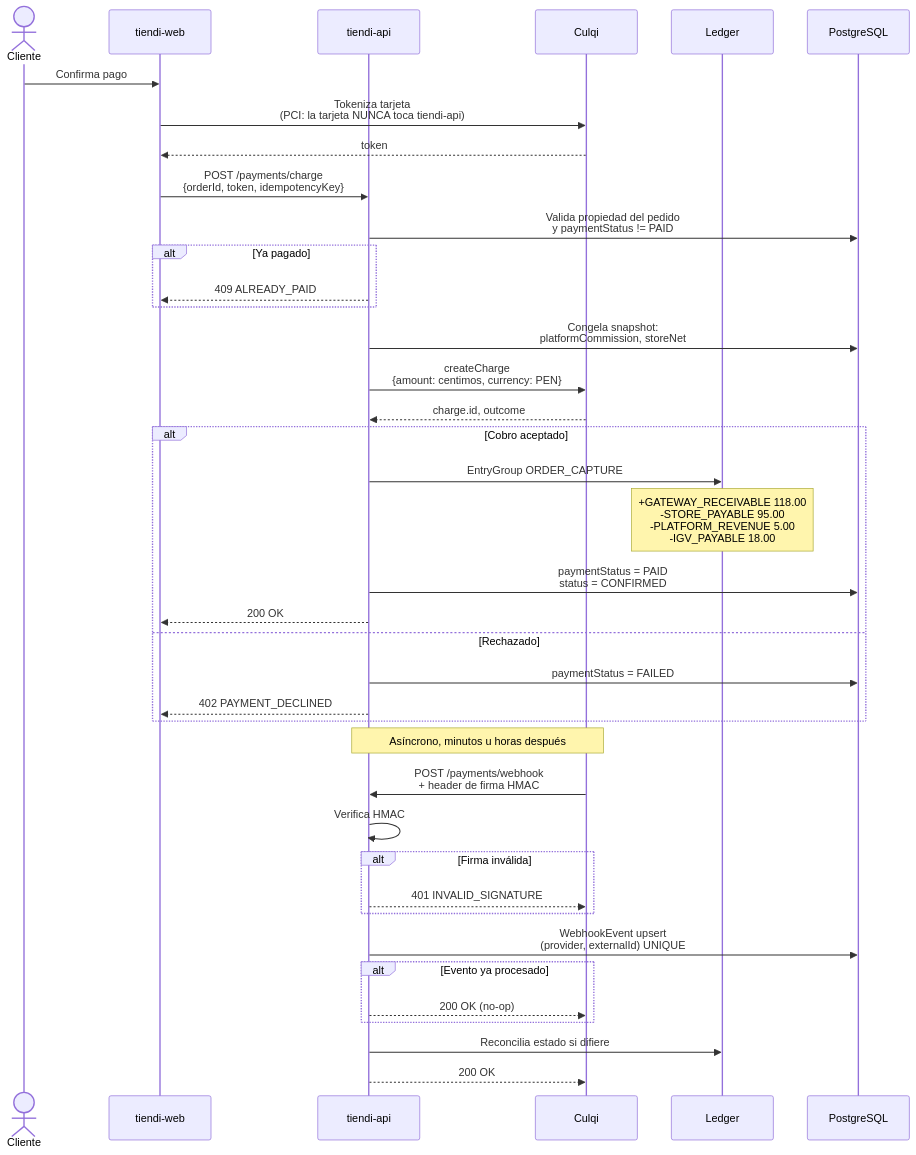
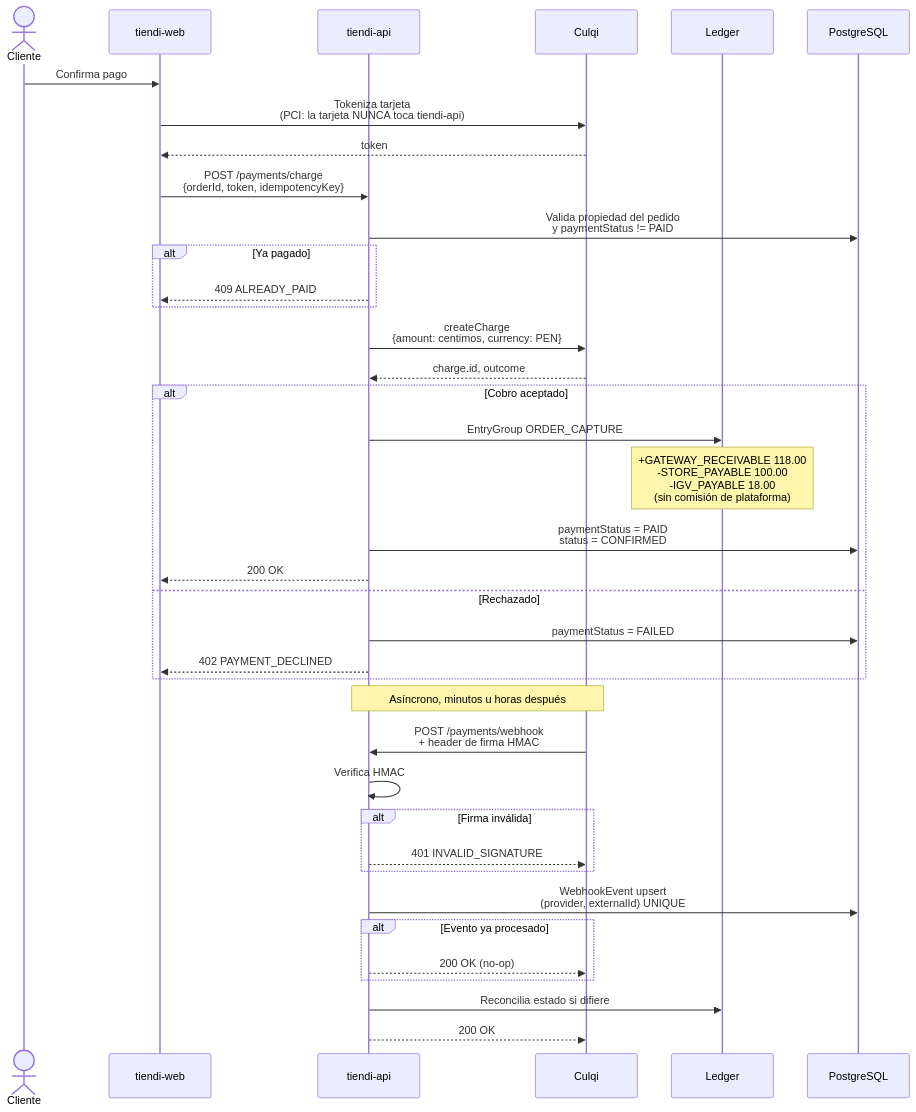
The fifth of 19 diagrams in DOCS/FLUJO_DINERO.md (kanoso/ecommcerce-saas-sonet), drawn with Mermaid before and after one commit. The commit also changed other lines of this file and 2 other files, not shown here.

````diff
--- a/DOCS/FLUJO_DINERO.md
+++ b/DOCS/FLUJO_DINERO.md
@@ -368,46 +369,45 @@
 ```mermaid
 sequenceDiagram
     actor C as Cliente
     participant W as tiendi-web
     participant API as tiendi-api
     participant CQ as Culqi
     participant L as Ledger
     participant DB as PostgreSQL
 
     C->>W: Confirma pago
     W->>CQ: Tokeniza tarjeta<br/>(PCI: la tarjeta NUNCA toca tiendi-api)
     CQ-->>W: token
     W->>API: POST /payments/charge<br/>{orderId, token, idempotencyKey}
 
     API->>DB: Valida propiedad del pedido<br/>y paymentStatus != PAID
     alt Ya pagado
         API-->>W: 409 ALREADY_PAID
     end
 
-    API->>DB: Congela snapshot:<br/>platformCommission, storeNet
     API->>CQ: createCharge<br/>{amount: centimos, currency: PEN}
     CQ-->>API: charge.id, outcome
 
     alt Cobro aceptado
         API->>L: EntryGroup ORDER_CAPTURE
-        Note over L: +GATEWAY_RECEIVABLE 118.00<br/>-STORE_PAYABLE 95.00<br/>-PLATFORM_REVENUE 5.00<br/>-IGV_PAYABLE 18.00
+        Note over L: +GATEWAY_RECEIVABLE 118.00<br/>-STORE_PAYABLE 100.00<br/>-IGV_PAYABLE 18.00<br/>(sin comisión de plataforma)
         API->>DB: paymentStatus = PAID<br/>status = CONFIRMED
         API-->>W: 200 OK
     else Rechazado
         API->>DB: paymentStatus = FAILED
         API-->>W: 402 PAYMENT_DECLINED
     end
 
     Note over CQ,API: Asíncrono, minutos u horas después
     CQ->>API: POST /payments/webhook<br/>+ header de firma HMAC
     API->>API: Verifica HMAC
     alt Firma inválida
         API-->>CQ: 401 INVALID_SIGNATURE
     end
     API->>DB: WebhookEvent upsert<br/>(provider, externalId) UNIQUE
     alt Evento ya procesado
         API-->>CQ: 200 OK (no-op)
     end
     API->>L: Reconcilia estado si difiere
     API-->>CQ: 200 OK
 ```
````
